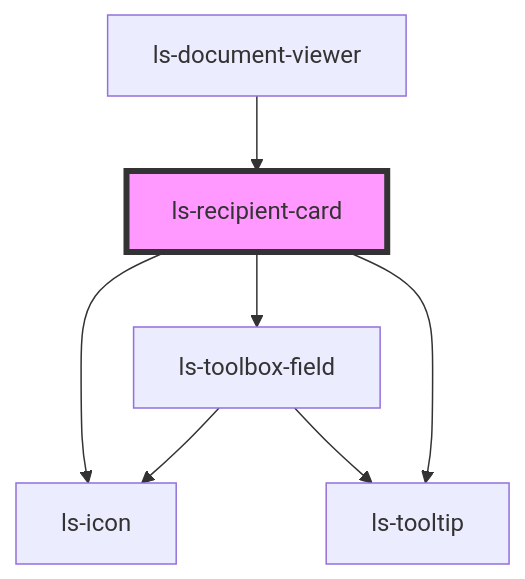
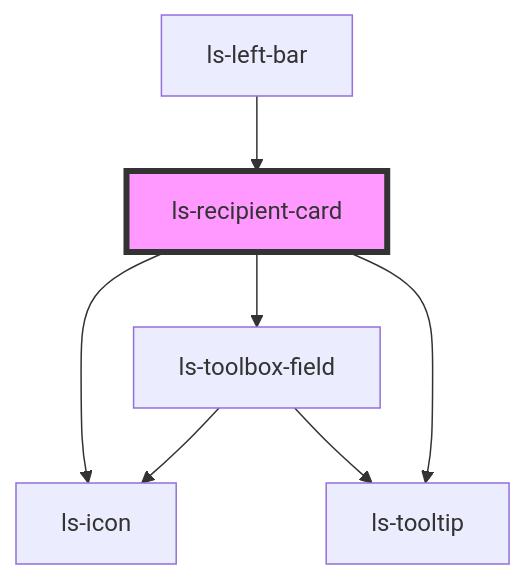
The diagram in src/components/ls-recipient-card/readme.md (legalesign/ls-document-viewer), drawn with Mermaid before and after one commit. The commit also changed other lines of this file and 19 other files, not shown here.

````diff
--- a/src/components/ls-recipient-card/readme.md
+++ b/src/components/ls-recipient-card/readme.md
@@ -41,10 +41,10 @@
 ```mermaid
 graph TD;
   ls-recipient-card --> ls-icon
   ls-recipient-card --> ls-toolbox-field
   ls-recipient-card --> ls-tooltip
   ls-toolbox-field --> ls-icon
   ls-toolbox-field --> ls-tooltip
-  ls-document-viewer --> ls-recipient-card
+  ls-left-bar --> ls-recipient-card
   style ls-recipient-card fill:#f9f,stroke:#333,stroke-width:4px
 ```
````
